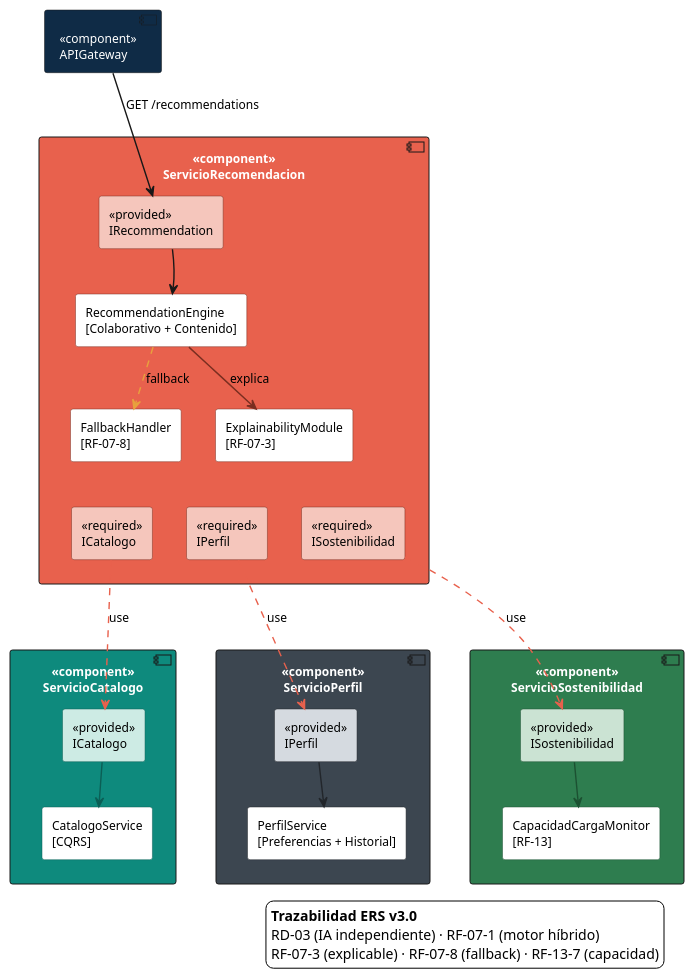
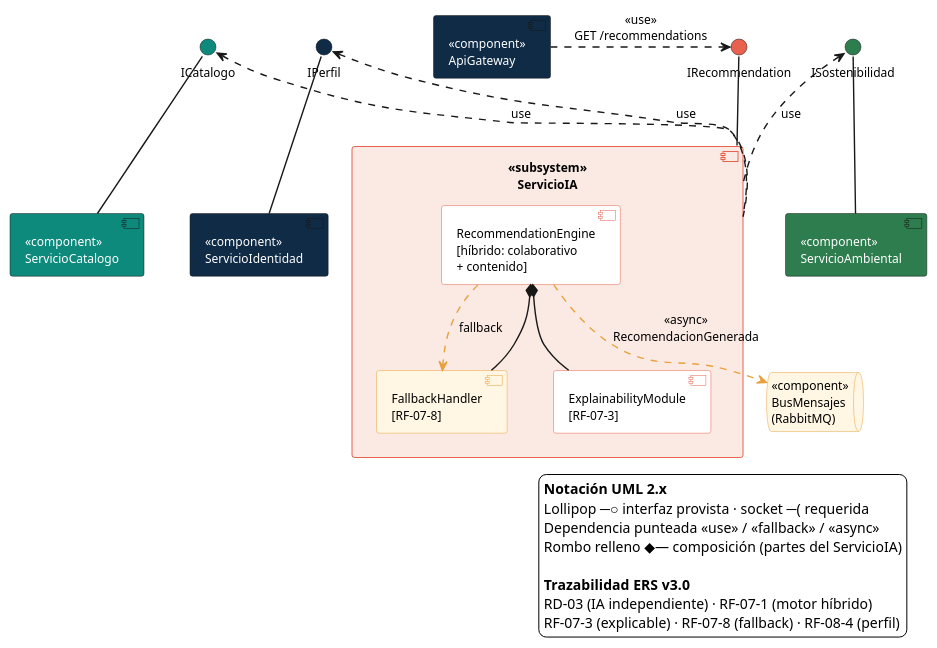
One commit to ENDERSOUL5/VitasSantaMarta changed the diagram in diagrams/D1_2_semiformal.puml. Above: the diagram before and after it, drawn with PlantUML.

```diff
--- a/diagrams/D1_2_semiformal.puml
+++ b/diagrams/D1_2_semiformal.puml
@@ -1,70 +1,65 @@
 @startuml D1_2_semiformal
-' Figura 1.2 — Notación semiformal UML 2.x: Motor de Recomendación IA
-' Interfaces provistas / requeridas y relaciones «use» / «fallback».
-' Base: ERS VITASMARTA v3.0 (RF-07-1/3/8, RF-13-7, RD-03).
+' Figura 1.2 — Notación semiformal UML 2.x: ServicioIA y colaboradores
+' Interfaces provistas (lollipop) sobre cada proveedor, dependencias
+' «use»/«fallback»/«async» punteadas, composición (rombo relleno) para
+' las partes del ServicioIA (subsystem). Mismo conjunto de elementos que
+' 1.1 y 1.3 (contrato de alcance común). Nombres canónicos del documento.
+' Base: ERS VITASMARTA v3.0 (RF-07-1/3/8, RF-08-4, RF-13-7, RD-03).
 skinparam backgroundColor #FFFFFF
 skinparam shadowing false
 skinparam defaultFontSize 12
+skinparam componentStyle uml2
 skinparam ArrowThickness 1.4
-skinparam nodesep 34
-skinparam ranksep 44
+skinparam nodesep 46
+skinparam ranksep 52
 
-component "«component»\nAPIGateway" as GW #0F2B46;text:FFF
+component "«component»\nApiGateway" as GW #0F2B46;text:FFF
 
-component "«component»\nServicioRecomendacion" as SR #E8614D;text:FFF {
-  rectangle "«provided»\nIRecommendation" as IRE #F5C6BC;line:7A2E20
-  rectangle "RecommendationEngine\n[Colaborativo + Contenido]" as ENG #FFF;line:7A2E20
-  rectangle "FallbackHandler\n[RF-07-8]" as FBH #FFF;line:7A2E20
-  rectangle "ExplainabilityModule\n[RF-07-3]" as EXM #FFF;line:7A2E20
-  rectangle "«required»\nICatalogo" as RC1 #F5C6BC;line:7A2E20
-  rectangle "«required»\nIPerfil" as RC2 #F5C6BC;line:7A2E20
-  rectangle "«required»\nISostenibilidad" as RC3 #F5C6BC;line:7A2E20
-  IRE -[hidden]down- ENG
-  ENG -[hidden]down- FBH
-  FBH -[hidden]right- EXM
-  FBH -[hidden]down- RC1
-  RC1 -[hidden]right- RC2
-  RC2 -[hidden]right- RC3
+component "«subsystem»\nServicioIA" as IA #FBEAE4;line:E8614D {
+  component "RecommendationEngine\n[híbrido: colaborativo\n+ contenido]" as ENG #FFF;line:E8614D
+  component "FallbackHandler\n[RF-07-8]" as FBH #FFF6E3;line:E8A13D
+  component "ExplainabilityModule\n[RF-07-3]" as EXM #FFF;line:E8614D
+  ENG *-- FBH
+  ENG *-- EXM
 }
 
-component "«component»\nServicioCatalogo" as SC #0E8A7D;text:FFF {
-  rectangle "«provided»\nICatalogo" as PV1 #CDEBE4;line:0B5E55
-  rectangle "CatalogoService\n[CQRS]" as CS #FFF;line:0B5E55
-}
+component "«component»\nServicioCatalogo" as SC #0E8A7D;text:FFF
+component "«component»\nServicioIdentidad" as SI #0F2B46;text:FFF
+component "«component»\nServicioAmbiental" as SA #2E7D4F;text:FFF
+queue "«component»\nBusMensajes\n(RabbitMQ)" as BUS #FFF6E3;line:E8A13D
 
-component "«component»\nServicioPerfil" as SP #3C4650;text:FFF {
-  rectangle "«provided»\nIPerfil" as PV2 #D5DAE0;line:22262B
-  rectangle "PerfilService\n[Preferencias + Historial]" as PS #FFF;line:22262B
-}
+interface "IRecommendation" as IREC #E8614D
+interface "ICatalogo" as ICAT #0E8A7D
+interface "IPerfil" as IPER #0F2B46
+interface "ISostenibilidad" as ISOS #2E7D4F
 
-component "«component»\nServicioSostenibilidad" as SS #2E7D4F;text:FFF {
-  rectangle "«provided»\nISostenibilidad" as PV3 #CBE3D3;line:1C5132
-  rectangle "CapacidadCargaMonitor\n[RF-13]" as CM #FFF;line:1C5132
-}
+' Interfaces provistas: lollipop sobre cada proveedor
+IA -up- IREC
+SC -up- ICAT
+SI -up- IPER
+SA -up- ISOS
 
-GW -down-> IRE : GET /recommendations
-IRE -down-> ENG
+' Dependencias punteadas tipificadas
+GW .right.> IREC : «use»\nGET /recommendations
+IA .up.> ICAT : «use»
+IA .up.> IPER : «use»
+IA .up.> ISOS : «use»
 ENG .[#E8A13D].> FBH : «fallback»
-ENG -[#7A2E20]-> EXM : explica
+ENG .[#E8A13D].> BUS : «async»\nRecomendacionGenerada
 
-RC1 .[#E8614D].> PV1 : «use»
-RC2 .[#E8614D].> PV2 : «use»
-RC3 .[#E8614D].> PV3 : «use»
-
-PV1 -[#0B5E55]-> CS
-PV2 -[#22262B]-> PS
-PV3 -[#1C5132]-> CM
-
-GW -[hidden]down- SR
-SC -[hidden]right- SP
-SP -[hidden]right- SS
-RC1 -[hidden]down- SC
-RC2 -[hidden]down- SP
-RC3 -[hidden]down- SS
+IA -[hidden]down- BUS
+GW -[hidden]down- IA
+SC -[hidden]right- SI
+SI -[hidden]right- SA
 
 legend right
+  <b>Notación UML 2.x</b>
+  Lollipop ─○ interfaz provista · socket ─( requerida
+  Dependencia punteada «use» / «fallback» / «async»
+  Rombo relleno ◆— composición (partes del ServicioIA)
+
   <b>Trazabilidad ERS v3.0</b>
   RD-03 (IA independiente) · RF-07-1 (motor híbrido)
-  RF-07-3 (explicable) · RF-07-8 (fallback) · RF-13-7 (capacidad)
+  RF-07-3 (explicable) · RF-07-8 (fallback) · RF-08-4 (perfil)
 endlegend
 @enduml
```
